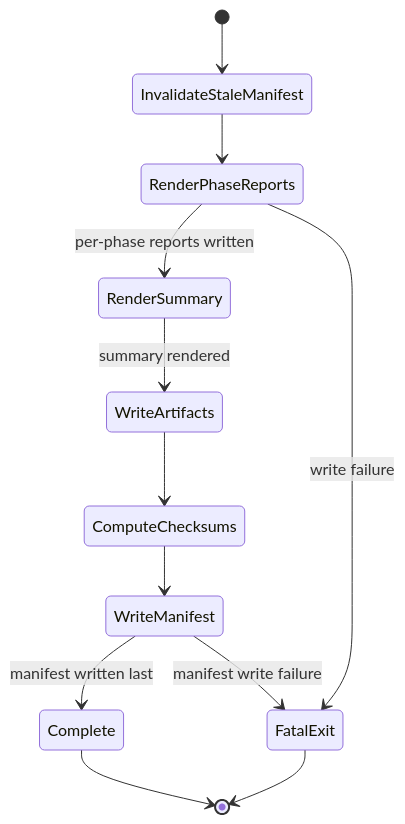
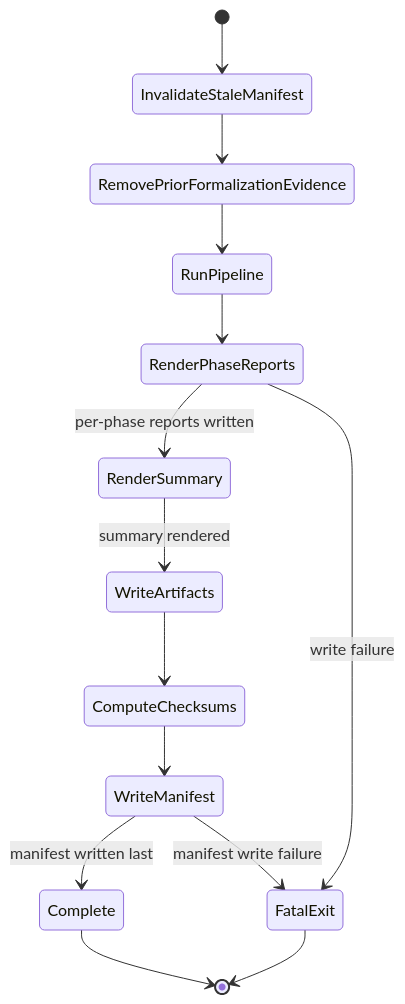
Before and after one commit to ohpauleez/spec-check: the eighth of 13 diagrams in docs/design.md, drawn with Mermaid. The commit also changed other lines of this file and 44 other files, not shown here.

````diff
--- a/docs/design.md
+++ b/docs/design.md
@@ -814,14 +840,16 @@
 ```mermaid
 stateDiagram-v2
     [*] --> InvalidateStaleManifest
-    InvalidateStaleManifest --> RenderPhaseReports
+    InvalidateStaleManifest --> RemovePriorFormalizationEvidence
+    RemovePriorFormalizationEvidence --> RunPipeline
+    RunPipeline --> RenderPhaseReports
     RenderPhaseReports --> RenderSummary: per-phase reports written
     RenderPhaseReports --> FatalExit: write failure
     RenderSummary --> WriteArtifacts: summary rendered
     WriteArtifacts --> ComputeChecksums
     ComputeChecksums --> WriteManifest
     WriteManifest --> Complete: manifest written last
     WriteManifest --> FatalExit: manifest write failure
     Complete --> [*]
     FatalExit --> [*]
 ```
````
